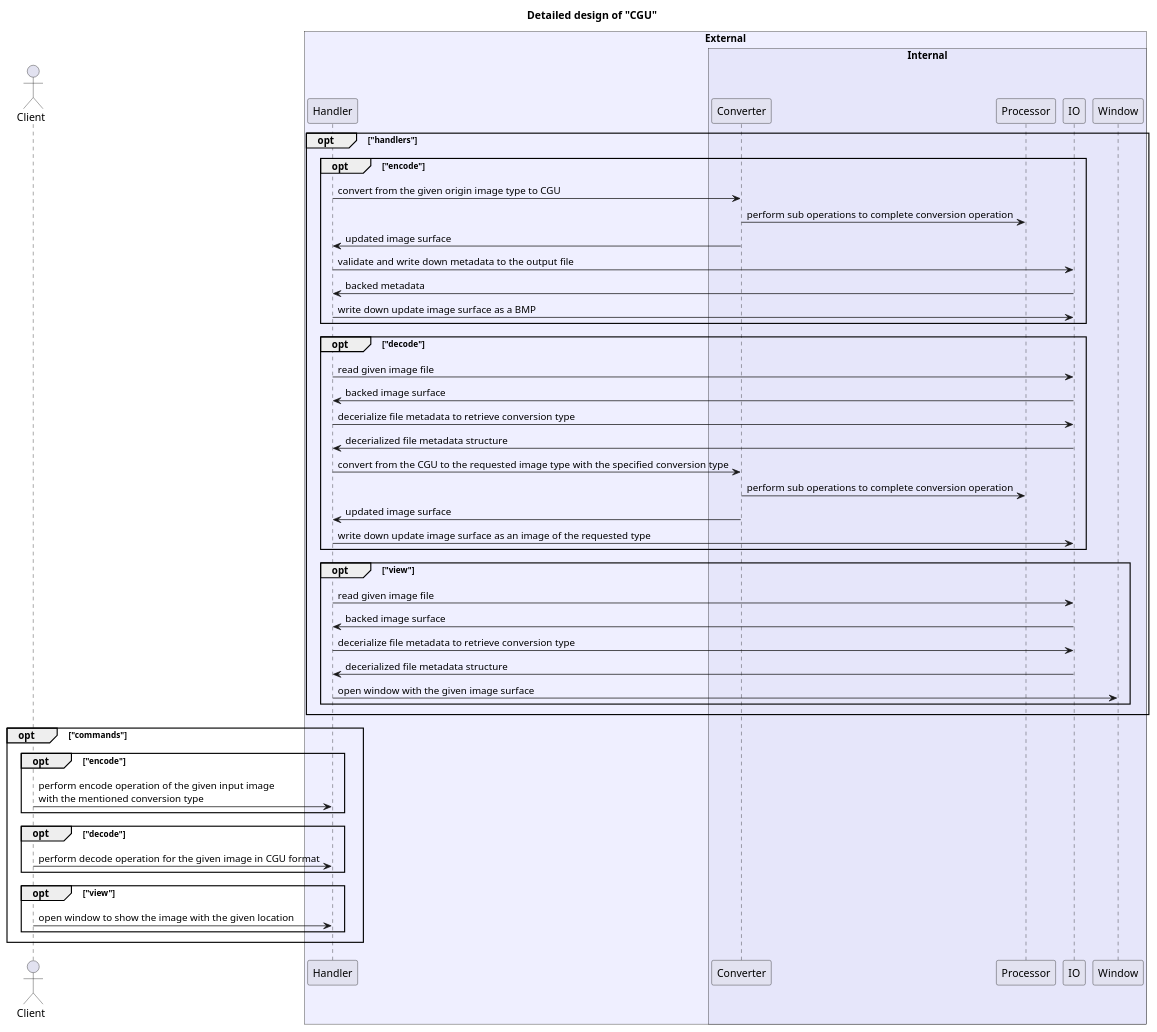
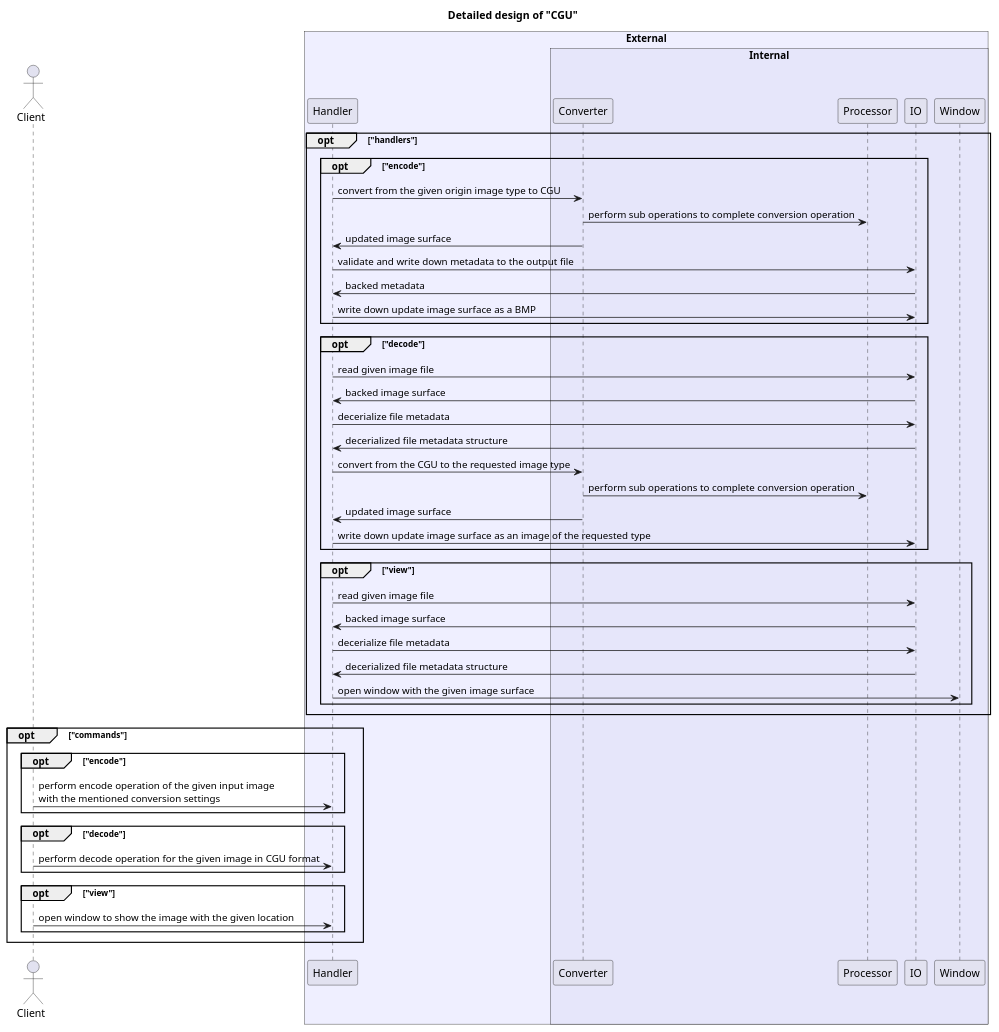
The diagram in docs/detailed-design-raw.md (YarikRevich/computer-graphics-university), drawn with PlantUML before and after one commit. The commit also changed 47 other files, not shown here.

````diff
--- a/docs/detailed-design-raw.md
+++ b/docs/detailed-design-raw.md
@@ -1,63 +1,63 @@
 ```plantuml
 !pragma teoz true
 
 title
 Detailed design of "CGU"
 end title
 
 actor "Client" as client
 
 box "External" #MOTIVATION
 participant "Handler" as handler
 
 box "Internal" #Lavender
 participant "Converter" as converter
 participant "Processor" as processor
 participant "IO" as io
 participant "Window" as window
 end box
 
 end box
 
 opt "handlers"
 opt "encode"
 handler -> converter: convert from the given origin image type to CGU
 converter -> processor: perform sub operations to complete conversion operation
 converter -> handler: updated image surface 
 handler -> io: validate and write down metadata to the output file
 io -> handler: backed metadata 
 handler -> io: write down update image surface as a BMP
 end
 
 opt "decode"
 handler -> io: read given image file
 io -> handler: backed image surface
-handler -> io: decerialize file metadata to retrieve conversion type
+handler -> io: decerialize file metadata
 io -> handler: decerialized file metadata structure
-handler -> converter: convert from the CGU to the requested image type with the specified conversion type
+handler -> converter: convert from the CGU to the requested image type
 converter -> processor: perform sub operations to complete conversion operation
 converter -> handler: updated image surface 
 handler -> io: write down update image surface as an image of the requested type
 end
 
 opt "view"
 handler -> io: read given image file
 io -> handler: backed image surface
-handler -> io: decerialize file metadata to retrieve conversion type
+handler -> io: decerialize file metadata
 io -> handler: decerialized file metadata structure
 handler -> window: open window with the given image surface
 end
 end
 
 opt "commands"
 opt "encode"
-client -> handler: perform encode operation of the given input image\nwith the mentioned conversion type
+client -> handler: perform encode operation of the given input image\nwith the mentioned conversion settings
 end
 opt "decode"
 client -> handler: perform decode operation for the given image in CGU format
 end
 opt "view"
 client -> handler: open window to show the image with the given location
 end
 end
 ```
````
